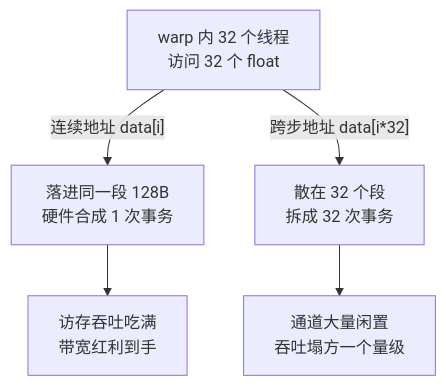
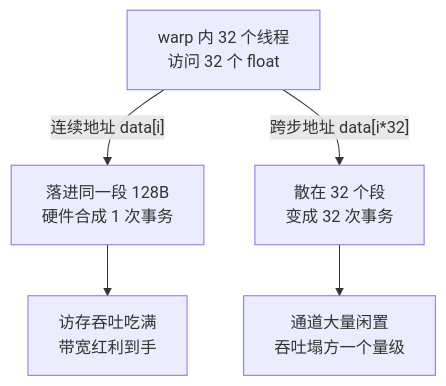
Before and after one commit to hub138/technical-knowledge: the first of 3 diagrams in vault/工程知识/AI 系统工程：从模型能力到生产能力/模型基础与训练/GPU执行模型与显存层级：SIMT与合并访存.md, drawn with Mermaid. The commit also changed other lines of this file and 622 other files, not shown here.

````diff
--- a/vault/工程知识/AI 系统工程：从模型能力到生产能力/模型基础与训练/GPU执行模型与显存层级：SIMT与合并访存.md
+++ b/vault/工程知识/AI 系统工程：从模型能力到生产能力/模型基础与训练/GPU执行模型与显存层级：SIMT与合并访存.md
@@ -34,7 +51,7 @@
 ```mermaid
 graph TD
     A["warp 内 32 个线程<br/>访问 32 个 float"] -->|"连续地址 data[i]"| B["落进同一段 128B<br/>硬件合成 1 次事务"]
-    A -->|"跨步地址 data[i*32]"| C["散在 32 个段<br/>拆成 32 次事务"]
+    A -->|"跨步地址 data[i*32]"| C["散在 32 个段<br/>变成 32 次事务"]
     B --> D["访存吞吐吃满<br/>带宽红利到手"]
     C --> E["通道大量闲置<br/>吞吐塌方一个量级"]
 ```
````
